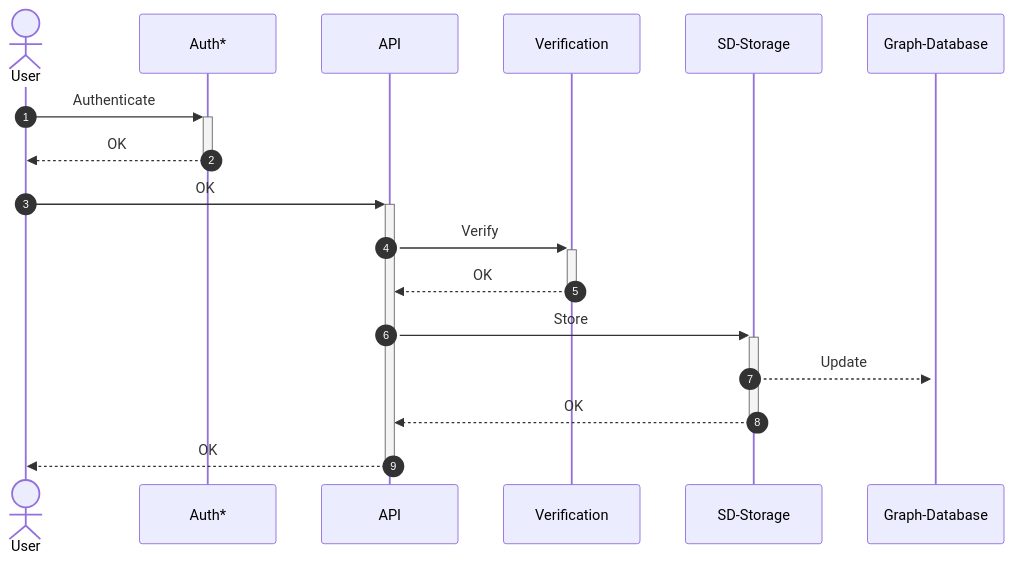
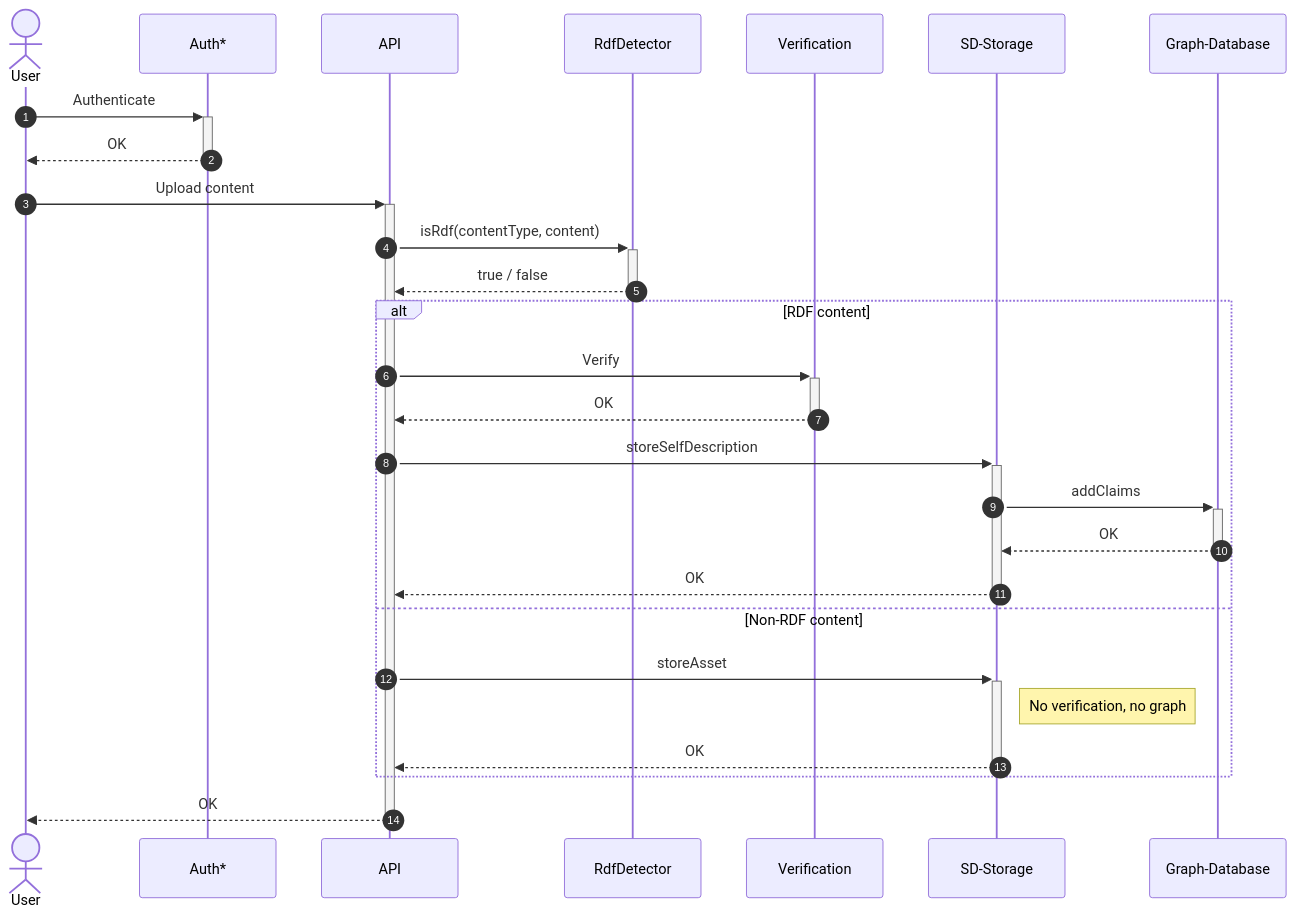
The first of 34 diagrams in federated-catalogue/src/docs/architecture/chapters/06_runtime_view.adoc (federated-catalogue-enhancements-2026/docs), drawn with Mermaid before and after one commit. The commit also changed other lines of this file and 4 other files, not shown here.

Commit message:
[CAT-FR-AM-01] update non-RDF asset related documentation

```diff
--- a/federated-catalogue/src/docs/architecture/chapters/06_runtime_view.adoc
+++ b/federated-catalogue/src/docs/architecture/chapters/06_runtime_view.adoc
@@ -18,20 +20,30 @@
 [mermaid, width=2000]
 ....
 sequenceDiagram
     autonumber
     actor User
     participant Auth as Auth*
     participant API
+    participant RdfDetector
     participant Verification
     participant SDStore as SD-Storage
     participant GraphDB as Graph-Database
     User ->> + Auth:Authenticate
     Auth -->> - User:OK
-    User ->> + API:OK
-    API ->> + Verification:Verify
-    Verification -->> - API:OK
-    API ->> + SDStore:Store
-    SDStore -->> + GraphDB:Update
-    SDStore -->> - API:OK
+    User ->> + API:Upload content
+    API ->> + RdfDetector:isRdf(contentType, content)
+    RdfDetector -->> - API:true / false
+    alt RDF content
+        API ->> + Verification:Verify
+        Verification -->> - API:OK
+        API ->> + SDStore:storeSelfDescription
+        SDStore ->> + GraphDB:addClaims
+        GraphDB -->> - SDStore:OK
+        SDStore -->> - API:OK
+    else Non-RDF content
+        API ->> + SDStore:storeAsset
+        Note right of SDStore: No verification, no graph
+        SDStore -->> - API:OK
+    end
     API -->> - User:OK
 ....
```
